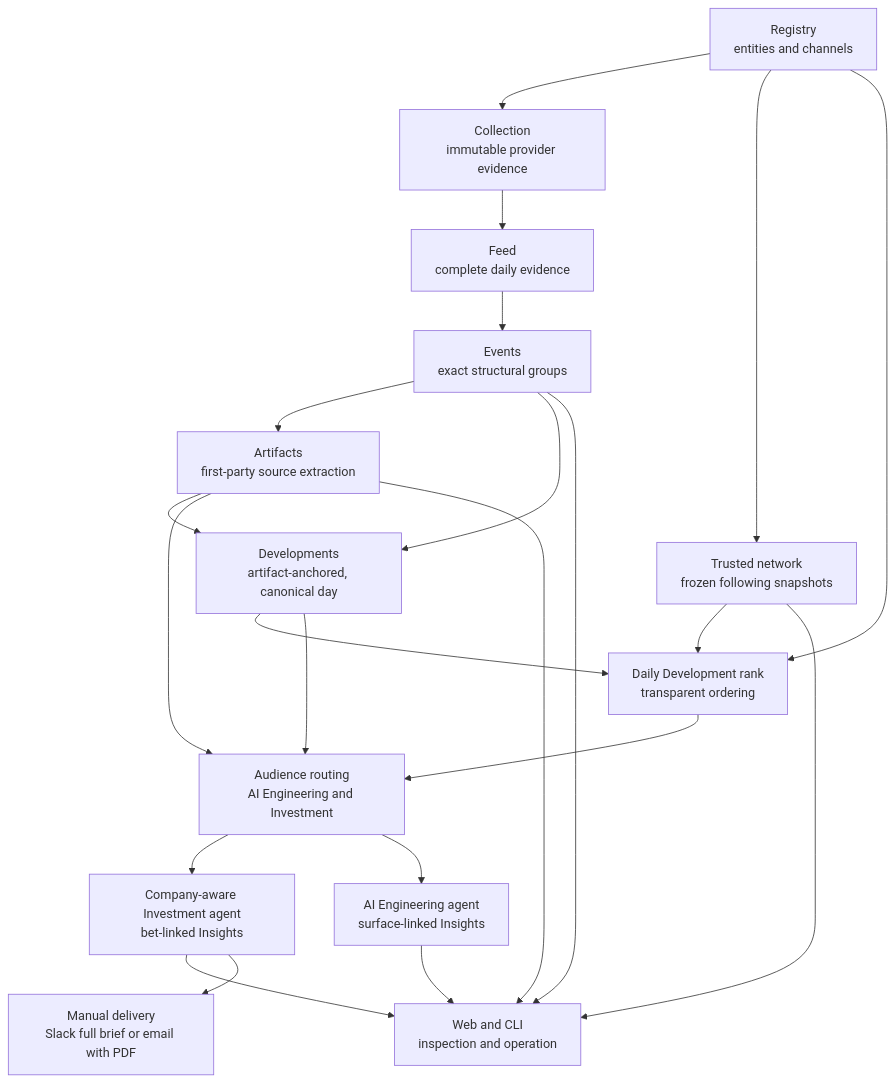
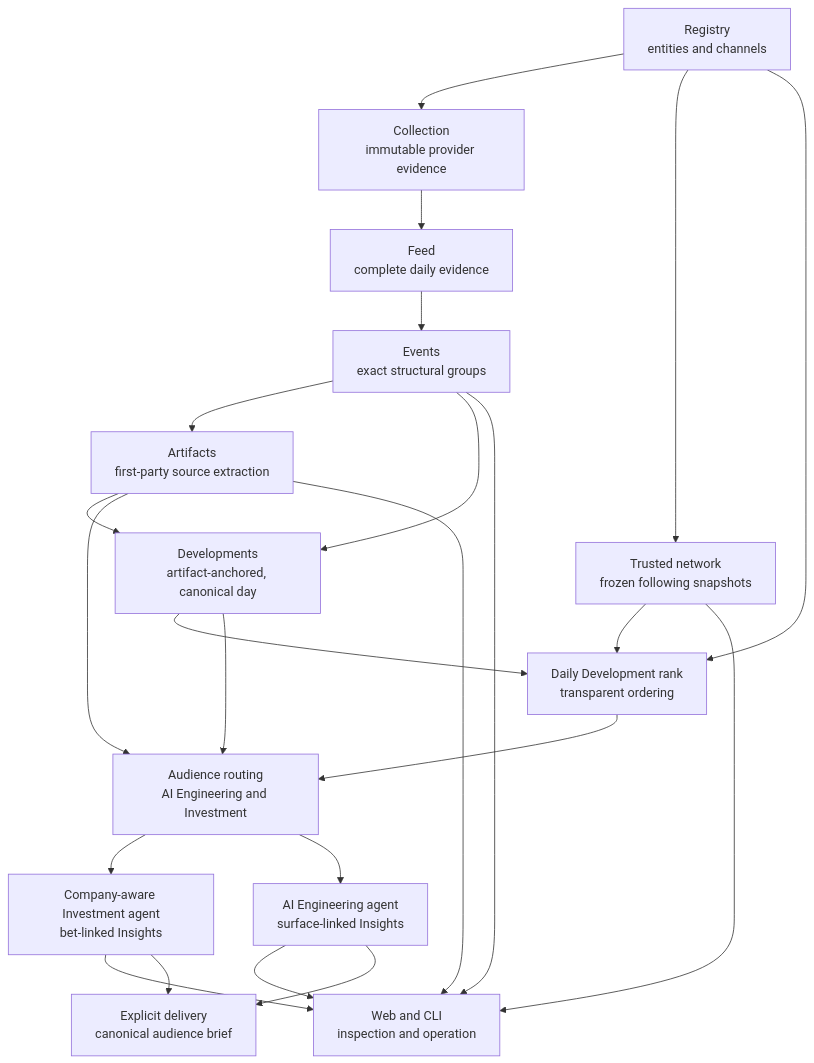
Before and after one commit to AdithyanI/frontier-lab-intelligence: the diagram in docs/architecture/overview.md, drawn with Mermaid. The commit also changed other lines of this file and 7 other files, not shown here.

````diff
--- a/docs/architecture/overview.md
+++ b/docs/architecture/overview.md
@@ -19,24 +10,25 @@
 ```mermaid
 flowchart TD
     R["Registry<br/>entities and channels"] --> C["Collection<br/>immutable provider evidence"]
     R --> N["Trusted network<br/>frozen following snapshots"]
     C --> F["Feed<br/>complete daily evidence"]
     F --> E["Events<br/>exact structural groups"]
     E --> A["Artifacts<br/>first-party source extraction"]
     E --> V["Developments<br/>artifact-anchored, canonical day"]
     A --> V
     N --> S["Daily Development rank<br/>transparent ordering"]
     R --> S
     V --> S
     V --> Q["Audience routing<br/>AI Engineering and Investment"]
     A --> Q
     S --> Q
     Q --> I["Company-aware Investment agent<br/>bet-linked Insights"]
     Q --> G["AI Engineering agent<br/>surface-linked Insights"]
     I --> W["Web and CLI<br/>inspection and operation"]
     G --> W
-    I --> D["Manual delivery<br/>Slack full brief or email with PDF"]
+    I --> D["Explicit delivery<br/>canonical audience brief"]
+    G --> D
     E --> W
     A --> W
     N --> W
 ```
````
